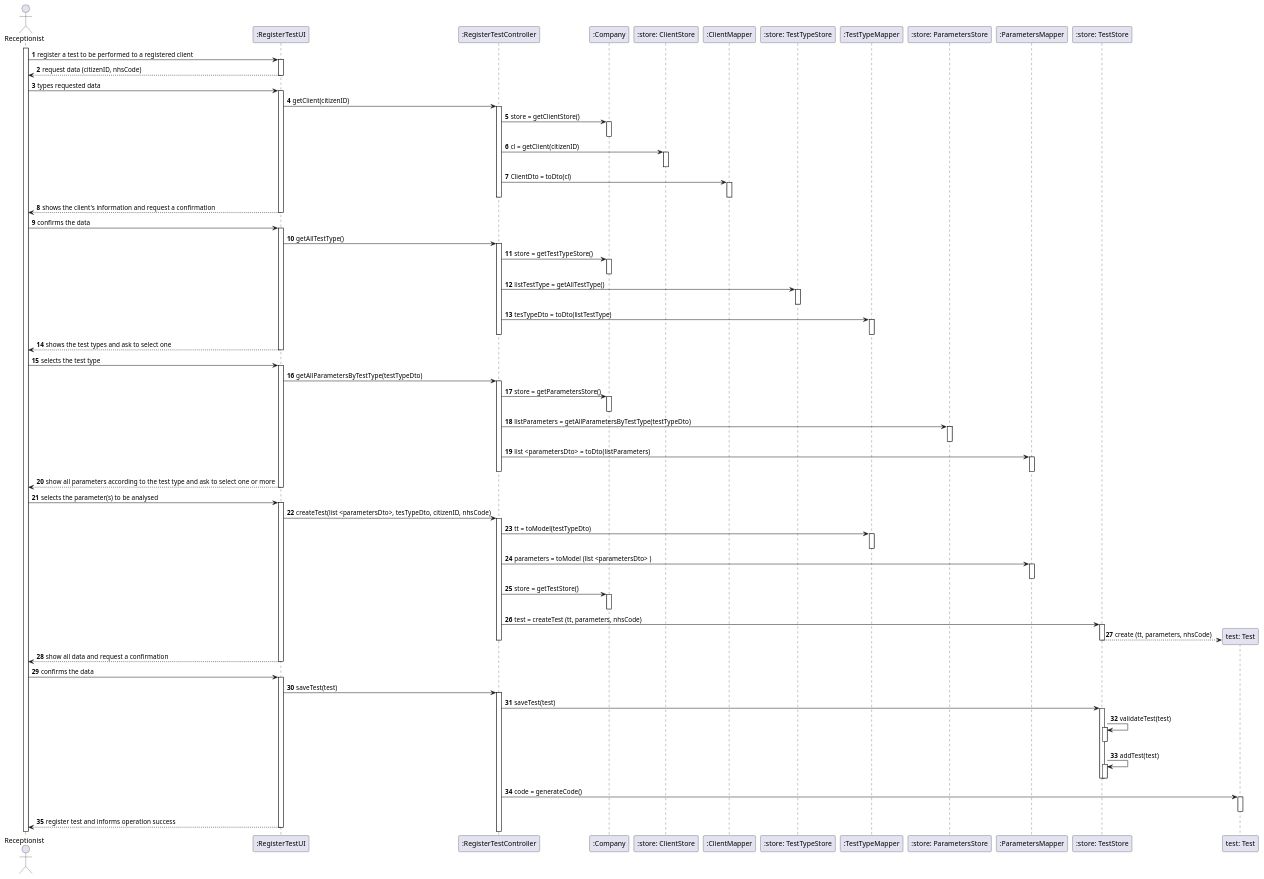
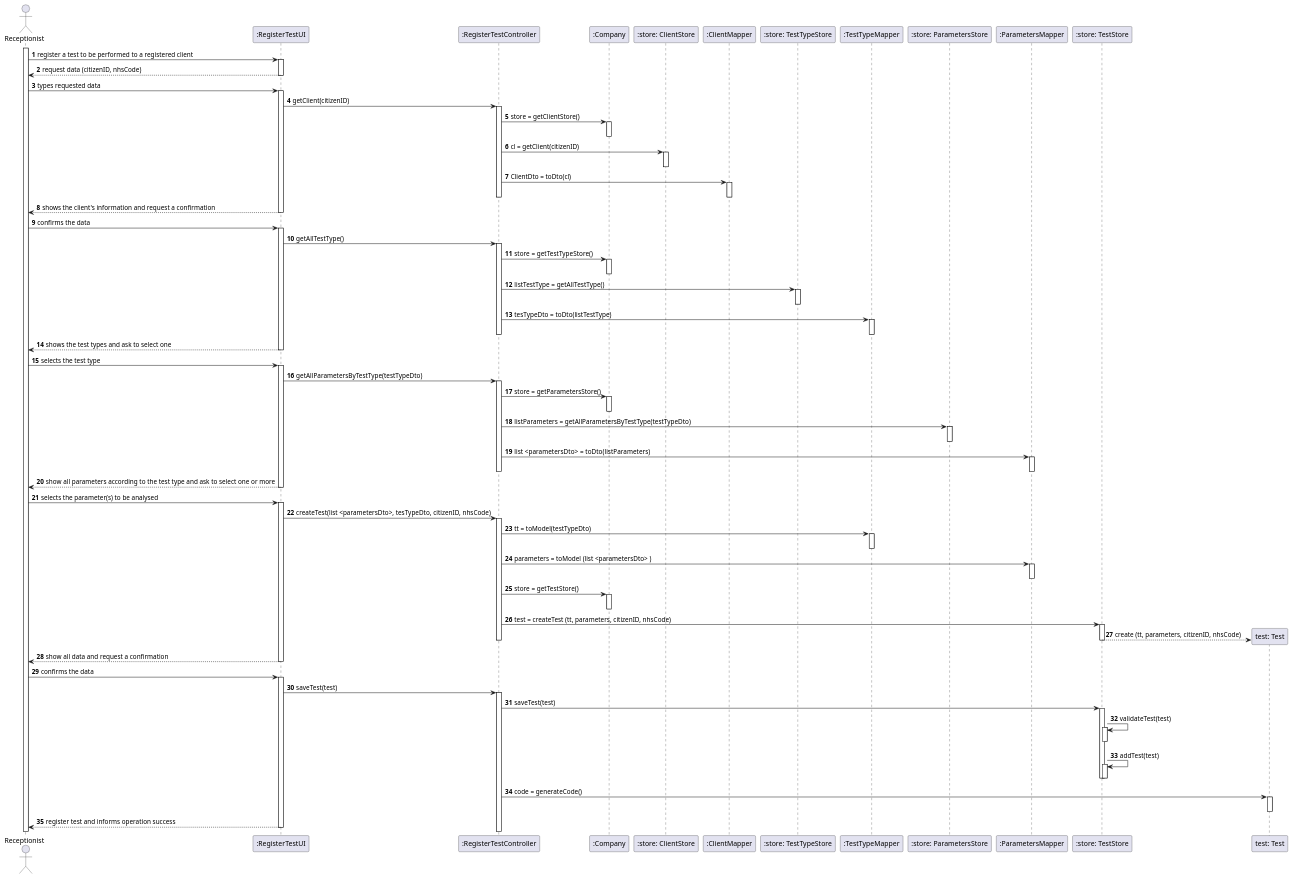
The diagram in docs/SprintC/US04/US04-SD.puml (0franciscor/lei-21-s2-1de-g19), drawn with PlantUML before and after one commit. The commit also changed 13 other files, not shown here.

```diff
--- a/docs/SprintC/US04/US04-SD.puml
+++ b/docs/SprintC/US04/US04-SD.puml
@@ -1,156 +1,156 @@
 @startuml
 'https://plantuml.com/sequence-diagram
 
 autonumber
 
 actor "Receptionist" as R
 activate R
 
 
 R -> ":RegisterTestUI" : register a test to be performed to a registered client
 activate ":RegisterTestUI"
 ":RegisterTestUI" --> R: request data (citizenID, nhsCode)
 deactivate ":RegisterTestUI"
 R -> ":RegisterTestUI" : types requested data
 
 
 activate ":RegisterTestUI"
 
 
 ":RegisterTestUI" -> ":RegisterTestController": getClient(citizenID)
 
 
 activate ":RegisterTestController"
 ":RegisterTestController" -> ":Company" : store = getClientStore()
 activate ":Company"
 deactivate ":Company"
 
 ":RegisterTestController" -> ":store: ClientStore" : cl = getClient(citizenID)
 activate ":store: ClientStore"
 deactivate ":store: ClientStore"
 
 ":RegisterTestController" -> ":ClientMapper" : ClientDto = toDto(cl)
 activate ":ClientMapper"
 deactivate ":ClientMapper"
 
 
 deactivate ":RegisterTestController"
 
 
 
 ":RegisterTestUI" --> R: shows the client's information and request a confirmation
 deactivate ":RegisterTestUI"
 
 
 
 
 R -> ":RegisterTestUI" : confirms the data
 activate ":RegisterTestUI"
 
 
 ":RegisterTestUI" -> ":RegisterTestController": getAllTestType()
 activate ":RegisterTestController"
 ":RegisterTestController" -> ":Company": store = getTestTypeStore()
 activate ":Company"
 
 deactivate ":Company"
 ":RegisterTestController" -> ":store: TestTypeStore": listTestType = getAllTestType()
 activate ":store: TestTypeStore"
 deactivate ":store: TestTypeStore"
 
 ":RegisterTestController" -> ":TestTypeMapper": tesTypeDto = toDto(listTestType)
 activate ":TestTypeMapper"
 deactivate ":TestTypeMapper"
 deactivate ":RegisterTestController"
 ":RegisterTestUI" --> R: shows the test types and ask to select one
 deactivate ":RegisterTestUI"
 R -> ":RegisterTestUI": selects the test type
 activate ":RegisterTestUI"
 
 ":RegisterTestUI" -> ":RegisterTestController": getAllParametersByTestType(testTypeDto)
 activate ":RegisterTestController"
 ":RegisterTestController" -> ":Company": store = getParametersStore()
 activate ":Company"
 deactivate ":Company"
 
 ":RegisterTestController" -> ":store: ParametersStore": listParameters = getAllParametersByTestType(testTypeDto)
 activate ":store: ParametersStore"
 deactivate ":store: ParametersStore"
 
 ":RegisterTestController" -> ":ParametersMapper": list <parametersDto>  = toDto(listParameters)
 activate ":ParametersMapper"
 deactivate ":ParametersMapper"
 
 deactivate ":RegisterTestController"
 
 ":RegisterTestUI" --> R: show all parameters according to the test type and ask to select one or more
 deactivate ":RegisterTestUI"
 
 R -> ":RegisterTestUI": selects the parameter(s) to be analysed
 activate ":RegisterTestUI"
 
 
 
 
 
 
 
 ":RegisterTestUI" -> ":RegisterTestController": createTest(list <parametersDto>, tesTypeDto, citizenID, nhsCode)
 activate ":RegisterTestController"
 
 ":RegisterTestController" -> ":TestTypeMapper": tt = toModel(testTypeDto)
 activate ":TestTypeMapper"
 deactivate ":TestTypeMapper"
 
 ":RegisterTestController" -> ":ParametersMapper": parameters = toModel (list <parametersDto> )
 activate ":ParametersMapper"
 deactivate ":ParametersMapper"
 
 
 
 
 
 
 ":RegisterTestController" -> ":Company" ++: store = getTestStore()
 deactivate ":Company"
 
-":RegisterTestController" -> ":store: TestStore" ++: test = createTest (tt, parameters, nhsCode)
+":RegisterTestController" -> ":store: TestStore" ++: test = createTest (tt, parameters, citizenID, nhsCode)
 
 create "test: Test"
 
-":store: TestStore" --> "test: Test" : create (tt, parameters, nhsCode)
+":store: TestStore" --> "test: Test" : create (tt, parameters, citizenID, nhsCode)
 deactivate ":store: TestStore"
 deactivate ":RegisterTestController"
 
 ":RegisterTestUI" --> R: show all data and request a confirmation
 deactivate ":RegisterTestUI"
 
 R -> ":RegisterTestUI" : confirms the data
 activate ":RegisterTestUI"
 
 ":RegisterTestUI" -> ":RegisterTestController": saveTest(test)
 
 activate ":RegisterTestController"
 
 ":RegisterTestController" -> ":store: TestStore" : saveTest(test)
 
 activate ":store: TestStore"
 
 ":store: TestStore" -> ":store: TestStore": validateTest(test)
 activate ":store: TestStore"
 deactivate ":store: TestStore"
 ":store: TestStore" -> ":store: TestStore": addTest(test)
 activate ":store: TestStore"
 deactivate ":store: TestStore"
 
 deactivate ":store: TestStore"
 
 ":RegisterTestController" -> "test: Test" : code = generateCode()
 
 activate "test: Test"
 deactivate "test: Test"
 
 
 ":RegisterTestUI" --> R: register test and informs operation success
 deactivate ":RegisterTestUI"
 @enduml
```
